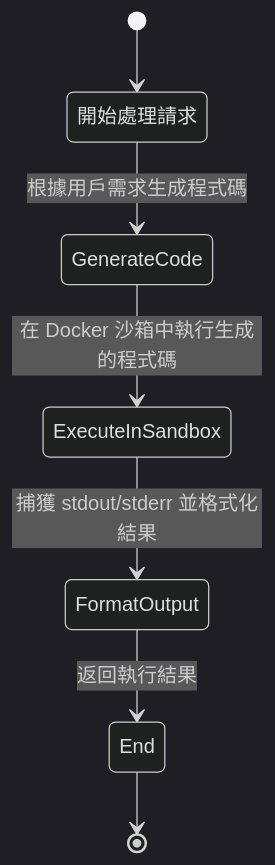
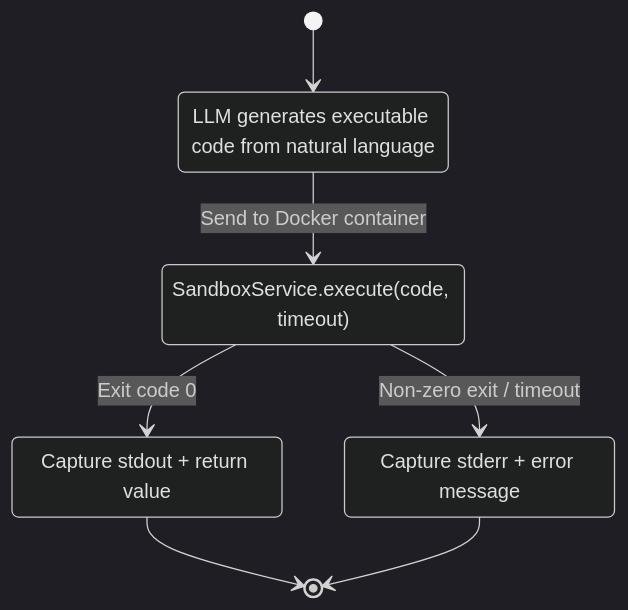
The fifth of 7 diagrams in Architecture_Refactoring_Toolkit/project_docs/11_processing_mode_state_machines.md (Zenobia000/openagent_backend), drawn with Mermaid (dark theme) before and after one commit. The commit also changed other lines of this file and 108 other files, not shown here.

````diff
--- a/Architecture_Refactoring_Toolkit/project_docs/11_processing_mode_state_machines.md
+++ b/Architecture_Refactoring_Toolkit/project_docs/11_processing_mode_state_machines.md
@@ -110,10 +181,17 @@
 ```mermaid
 stateDiagram-v2
-    [*] --> Start
-    Start: 開始處理請求
-    Start --> GenerateCode: 根據用戶需求生成程式碼
-    GenerateCode --> ExecuteInSandbox: 在 Docker 沙箱中執行生成的程式碼
-    ExecuteInSandbox --> FormatOutput: 捕獲 stdout/stderr 並格式化結果
-    FormatOutput --> End: 返回執行結果
-    End --> [*]
+    [*] --> GenerateCode
+    GenerateCode: LLM generates executable code from natural language
+    GenerateCode --> ExecuteInSandbox: Send to Docker container
+    ExecuteInSandbox: SandboxService.execute(code, timeout)
+
+    state ExecuteInSandbox <<choice>>
+    ExecuteInSandbox --> FormatSuccess: Exit code 0
+    ExecuteInSandbox --> FormatError: Non-zero exit / timeout
+
+    FormatSuccess: Capture stdout + return value
+    FormatError: Capture stderr + error message
+
+    FormatSuccess --> [*]
+    FormatError --> [*]
 ```
````
